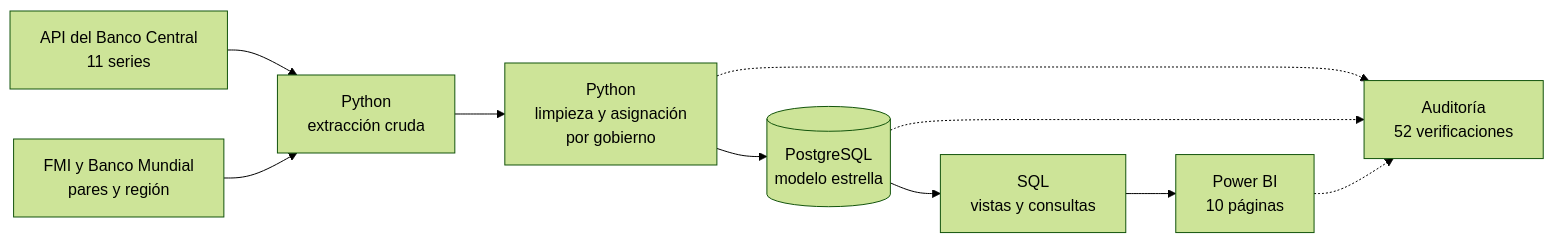
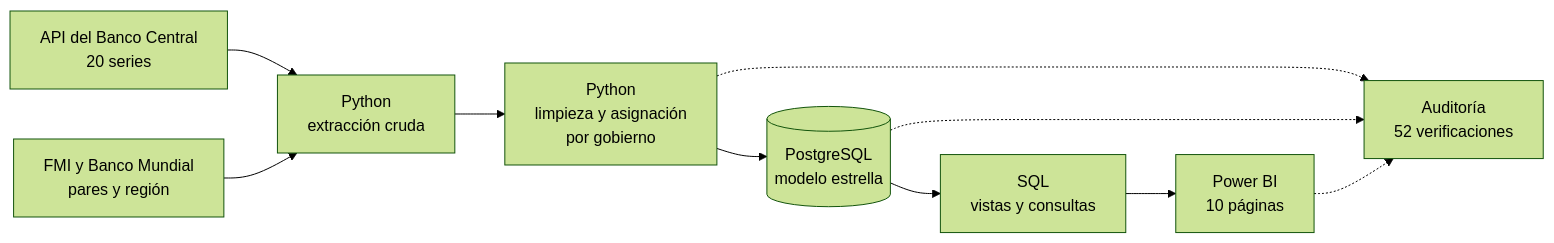
One commit to NilzAlexisDiazGarcia/chile-economia-gobiernos changed the diagram in README.md. Above: the diagram before and after it, drawn with Mermaid (forest theme). The commit also changed other lines of this file and 166 other files, not shown here.

````diff
--- a/README.md
+++ b/README.md
@@ -159,12 +161,12 @@
 ```mermaid
 flowchart LR
-    A[API del Banco Central<br/>11 series] --> B[Python<br/>extracción cruda]
+    A[API del Banco Central<br/>20 series] --> B[Python<br/>extracción cruda]
     F[FMI y Banco Mundial<br/>pares y región] --> B
     B --> C[Python<br/>limpieza y asignación<br/>por gobierno]
     C --> D[(PostgreSQL<br/>modelo estrella)]
     D --> E[SQL<br/>vistas y consultas]
     E --> G[Power BI<br/>10 páginas]
     C -.-> H[Auditoría<br/>52 verificaciones]
     D -.-> H
     G -.-> H
 ```
````
